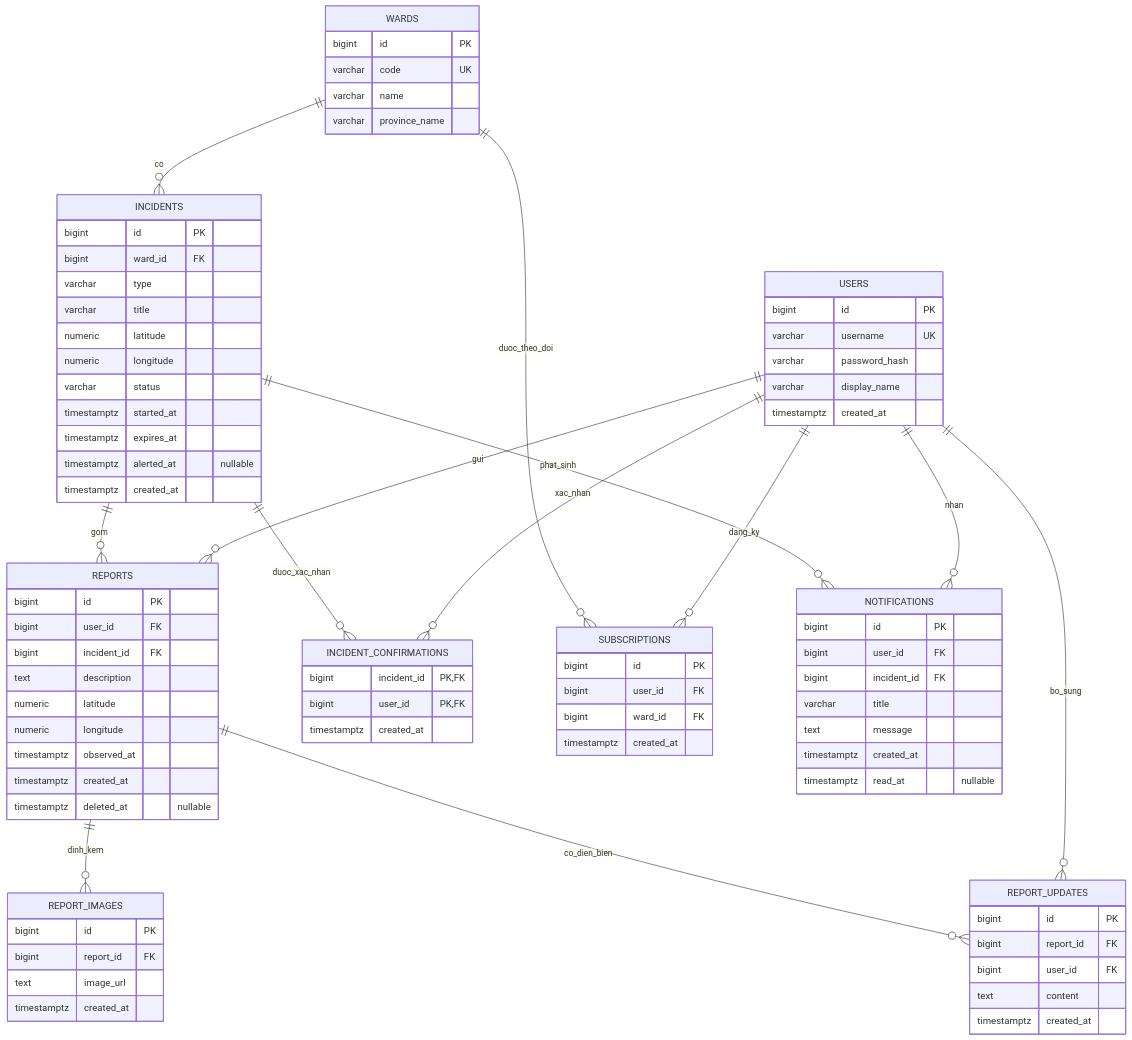
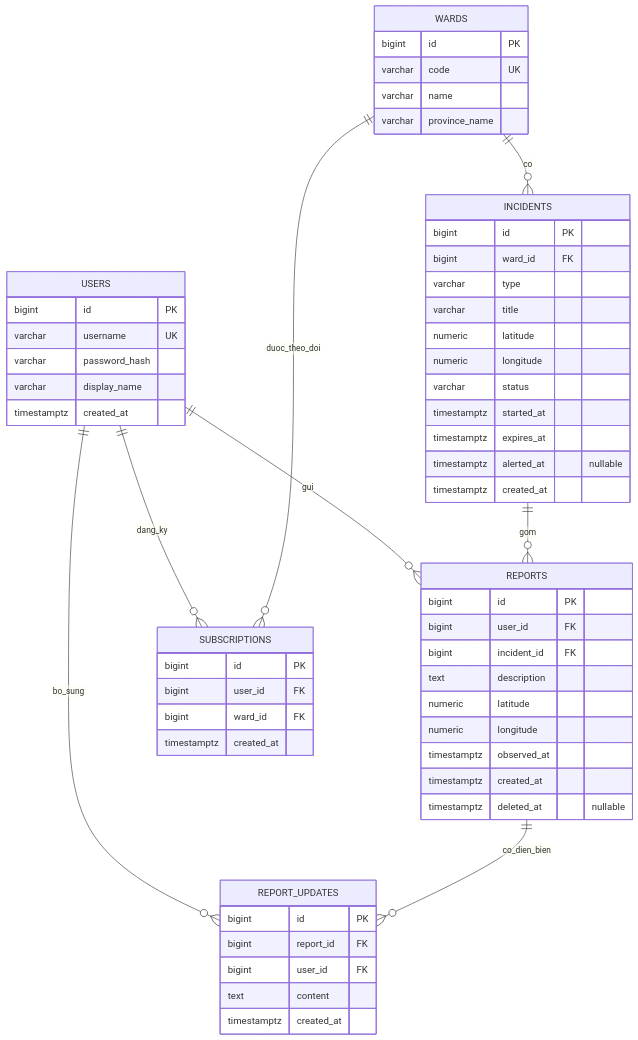
Before and after one commit to phatcaoduc2910/KieuMaiNotifier: the diagram in README.md, drawn with Mermaid.

Commit message:
docs: simplify database ER diagram

````diff
--- a/README.md
+++ b/README.md
@@ -5,16 +5,11 @@
 ```mermaid
 erDiagram
     USERS ||--o{ REPORTS : "gui"
-    USERS ||--o{ INCIDENT_CONFIRMATIONS : "xac_nhan"
     USERS ||--o{ SUBSCRIPTIONS : "dang_ky"
-    USERS ||--o{ NOTIFICATIONS : "nhan"
     USERS ||--o{ REPORT_UPDATES : "bo_sung"
     WARDS ||--o{ INCIDENTS : "co"
     WARDS ||--o{ SUBSCRIPTIONS : "duoc_theo_doi"
     INCIDENTS ||--o{ REPORTS : "gom"
-    INCIDENTS ||--o{ INCIDENT_CONFIRMATIONS : "duoc_xac_nhan"
-    INCIDENTS ||--o{ NOTIFICATIONS : "phat_sinh"
-    REPORTS ||--o{ REPORT_IMAGES : "dinh_kem"
     REPORTS ||--o{ REPORT_UPDATES : "co_dien_bien"
 
     USERS {
@@ -58,33 +53,10 @@
         timestamptz deleted_at "nullable"
     }
 
-    INCIDENT_CONFIRMATIONS {
-        bigint incident_id PK, FK
-        bigint user_id PK, FK
-        timestamptz created_at
-    }
-
     SUBSCRIPTIONS {
         bigint id PK
         bigint user_id FK
         bigint ward_id FK
-        timestamptz created_at
-    }
-
-    NOTIFICATIONS {
-        bigint id PK
-        bigint user_id FK
-        bigint incident_id FK
-        varchar title
-        text message
-        timestamptz created_at
-        timestamptz read_at "nullable"
-    }
-
-    REPORT_IMAGES {
-        bigint id PK
-        bigint report_id FK
-        text image_url
         timestamptz created_at
     }
 
````
